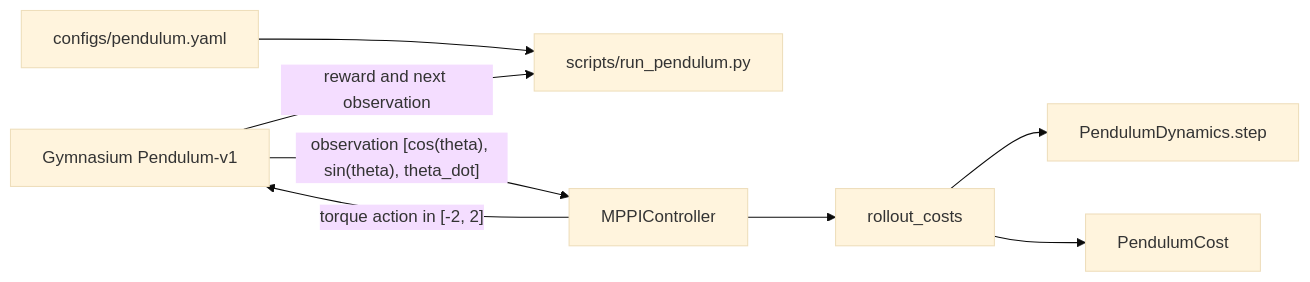
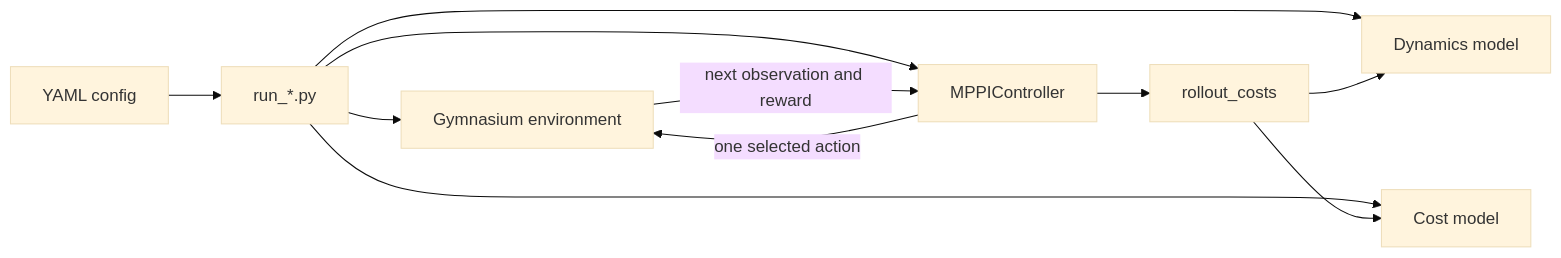
The diagram in README.md (MuhammedEmirEren/MPPI-implementation-experiments), drawn with Mermaid (base theme) before and after one commit. The commit also changed other lines of this file and 3 other files, not shown here.

````diff
--- a/README.md
+++ b/README.md
@@ -65,10 +50,13 @@
 ```mermaid
 flowchart LR
-    YAML["configs/pendulum.yaml"] --> Runner["scripts/run_pendulum.py"]
-    Env["Gymnasium Pendulum-v1"] -->|"observation [cos(theta), sin(theta), theta_dot]"| Controller["MPPIController"]
+    Config["YAML config"] --> Runner["run_*.py"]
+    Runner --> Env["Gymnasium environment"]
+    Runner --> Controller["MPPIController"]
+    Runner --> Dynamics["Dynamics model"]
+    Runner --> Cost["Cost model"]
     Controller --> Rollout["rollout_costs"]
-    Rollout --> Dynamics["PendulumDynamics.step"]
-    Rollout --> Cost["PendulumCost"]
-    Controller -->|"torque action in [-2, 2]"| Env
-    Env -->|"reward and next observation"| Runner
+    Rollout --> Dynamics
+    Rollout --> Cost
+    Controller -->|"one selected action"| Env
+    Env -->|"next observation and reward"| Controller
 ```
````
